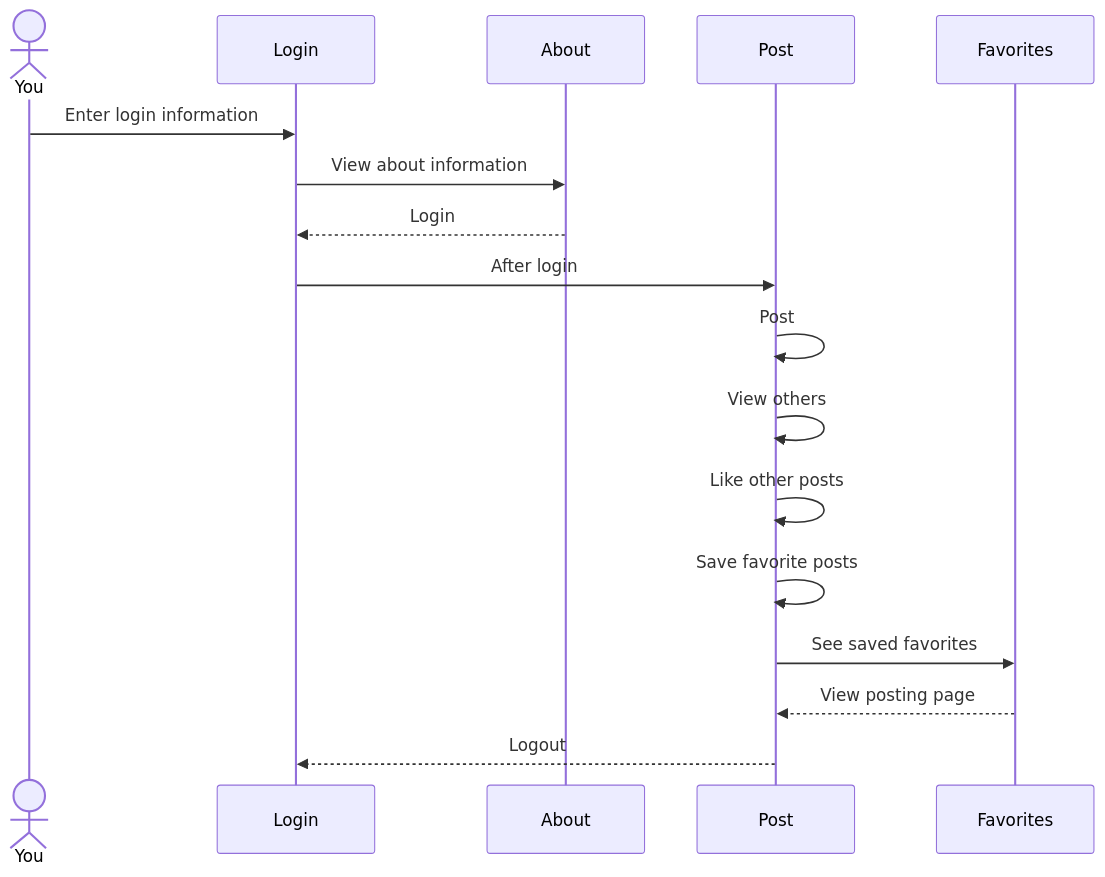
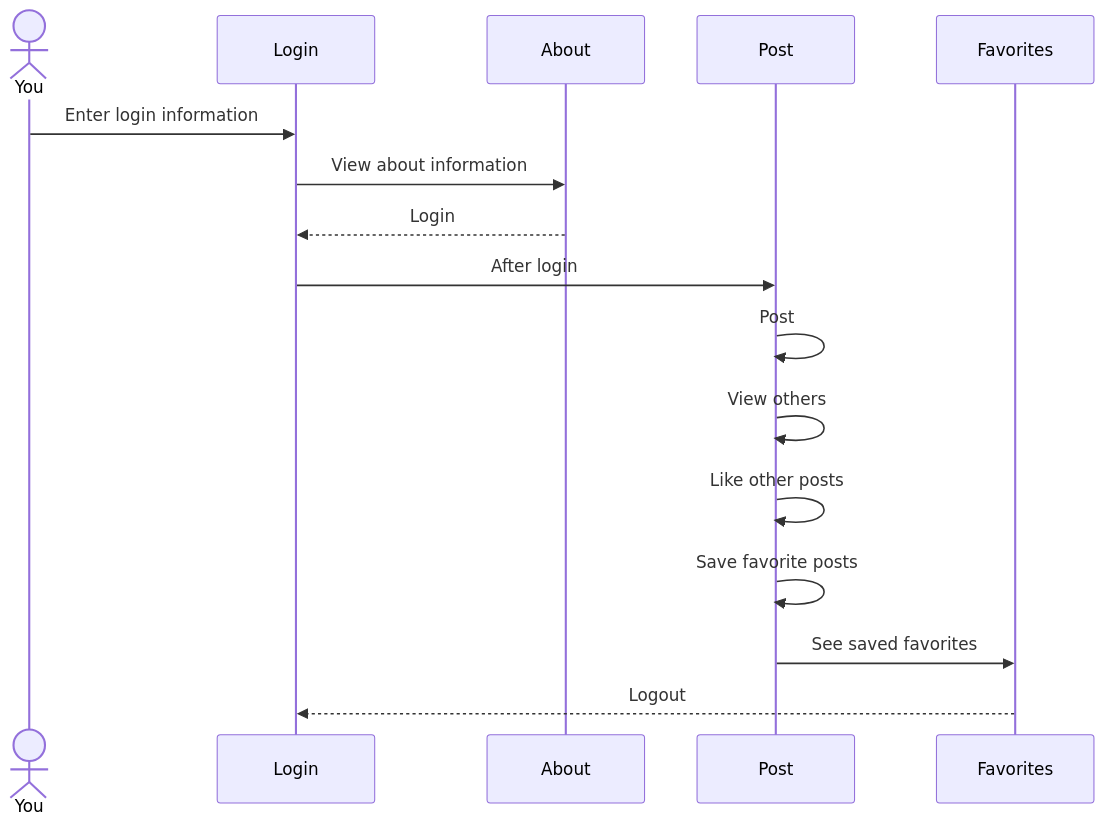
The diagram in README.md (emerymaxwell8/startup), drawn with Mermaid before and after one commit.

Commit message:
update logout in sequenceDiagram

````diff
--- a/README.md
+++ b/README.md
@@ -39,15 +39,14 @@
 ```mermaid
 sequenceDiagram
     actor You
     You->>Login: Enter login information
     Login->>About: View about information
     About-->>Login: Login
     Login->>Post: After login
     Post->>Post: Post
     Post->>Post: View others
     Post->>Post: Like other posts
     Post->>Post: Save favorite posts
     Post->>Favorites: See saved favorites
-    Favorites-->>Post: View posting page
-    Post-->>Login: Logout
+    Favorites-->>Login: Logout
 ```
````
